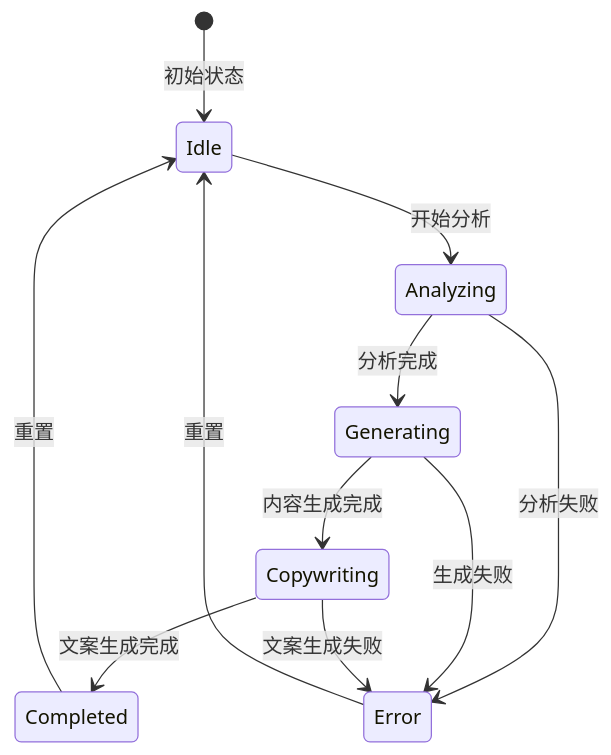
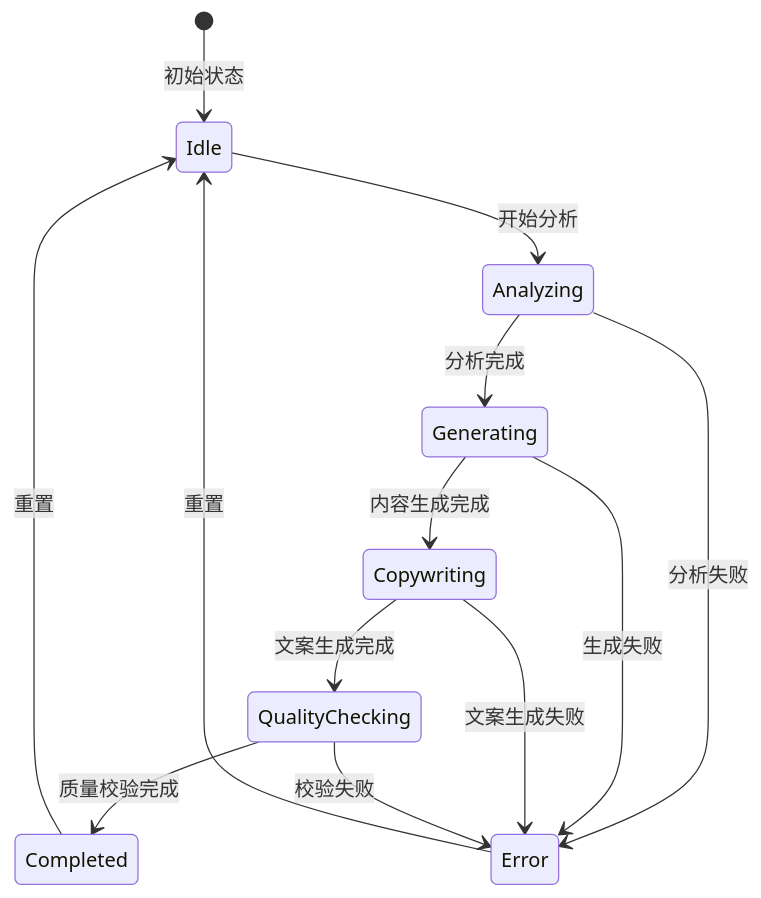
Before and after one commit to songdiyang/clawOperations: the ninth of 17 diagrams in .qoder/repowiki/zh/content/核心模块详解/Web界面系统/AI创作页面.md, drawn with Mermaid. The commit also changed other lines of this file and 6 other files, not shown here.

Commit message:
feat: add regenerate copywriting button when quality check fails

````diff
--- a/.qoder/repowiki/zh/content/核心模块详解/Web界面系统/AI创作页面.md
+++ b/.qoder/repowiki/zh/content/核心模块详解/Web界面系统/AI创作页面.md
@@ -431,13 +500,15 @@
 ```mermaid
 stateDiagram-v2
 [*] --> Idle : 初始状态
 Idle --> Analyzing : 开始分析
 Analyzing --> Generating : 分析完成
 Generating --> Copywriting : 内容生成完成
-Copywriting --> Completed : 文案生成完成
+Copywriting --> QualityChecking : 文案生成完成
+QualityChecking --> Completed : 质量校验完成
 Completed --> Idle : 重置
 Analyzing --> Error : 分析失败
 Generating --> Error : 生成失败
 Copywriting --> Error : 文案生成失败
+QualityChecking --> Error : 校验失败
 Error --> Idle : 重置
 ```
````
